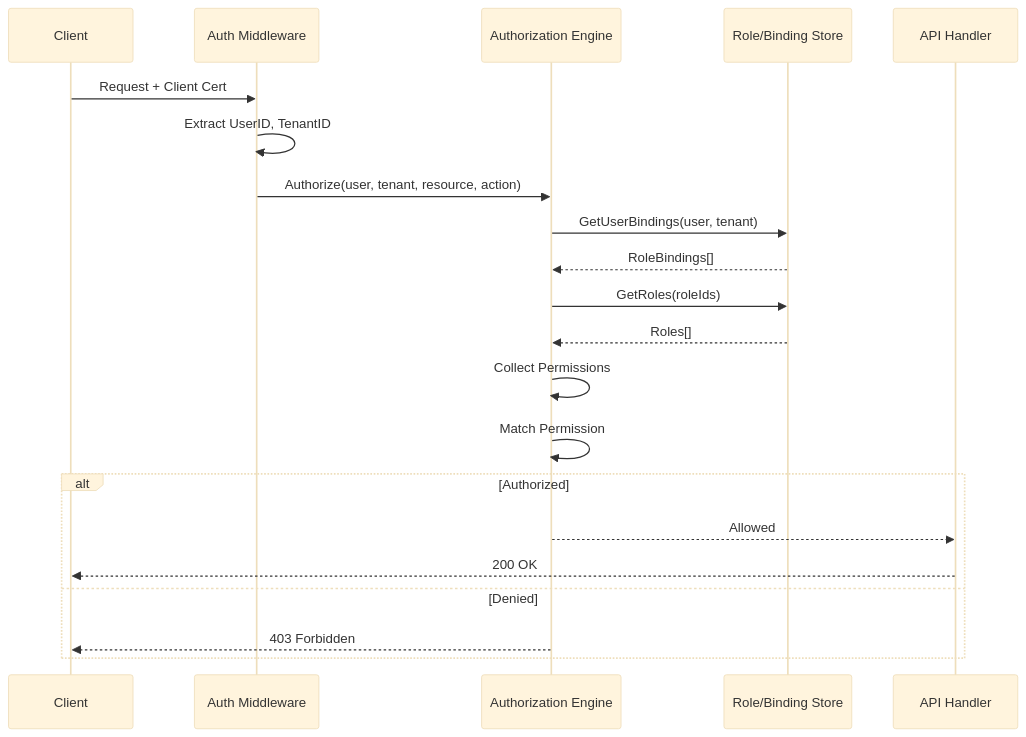
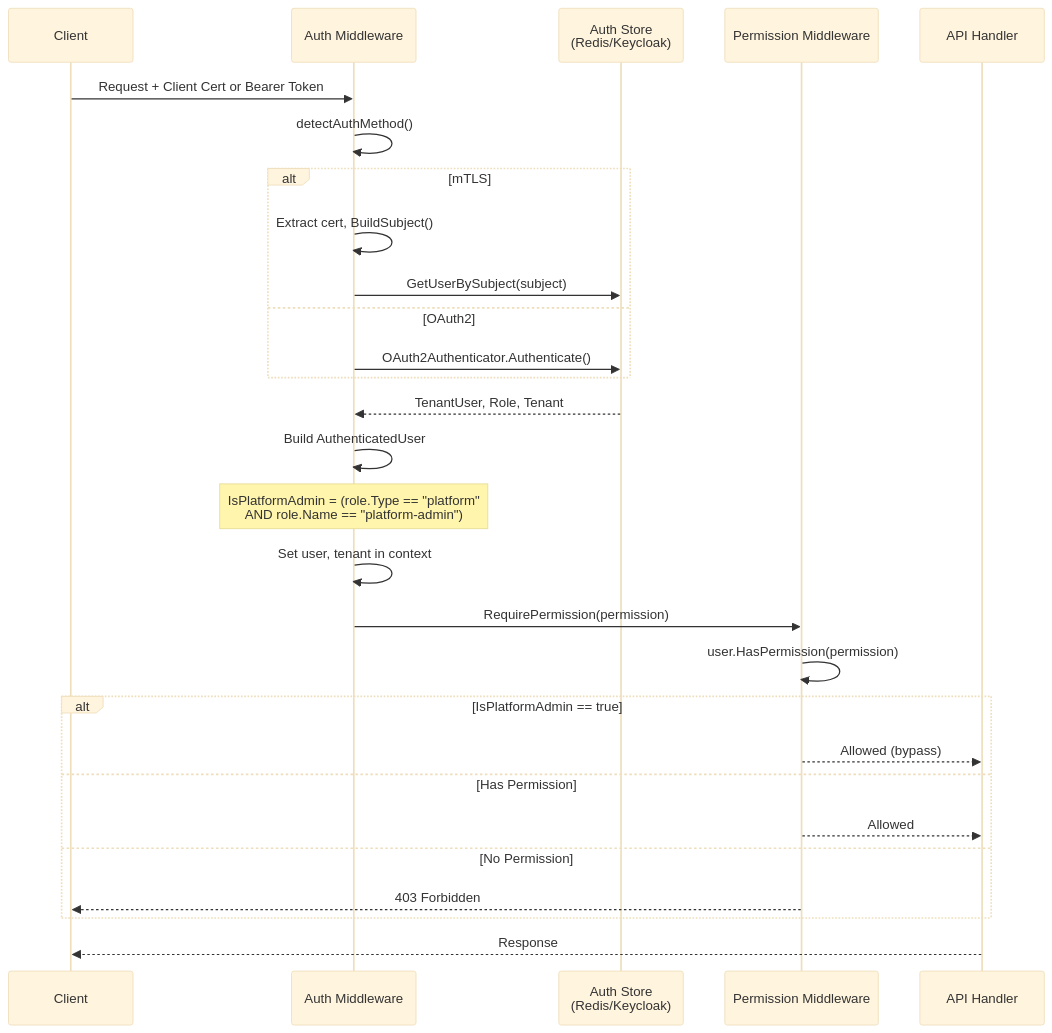
One commit to piwi3910/netweave changed the diagram in docs/security/authorization.md. Above: the diagram before and after it, drawn with Mermaid (base theme). The commit also changed other lines of this file and 4 other files, not shown here.

````diff
--- a/docs/security/authorization.md
+++ b/docs/security/authorization.md
@@ -488,25 +320,37 @@
 ```mermaid
 sequenceDiagram
     participant Client
-    participant Auth as Auth Middleware
-    participant Authz as Authorization Engine
-    participant Store as Role/Binding Store
+    participant AuthMw as Auth Middleware
+    participant Store as Auth Store<br/>(Redis/Keycloak)
+    participant PermMw as Permission Middleware
     participant Handler as API Handler
 
-    Client->>Auth: Request + Client Cert
-    Auth->>Auth: Extract UserID, TenantID
-    Auth->>Authz: Authorize(user, tenant, resource, action)
-    Authz->>Store: GetUserBindings(user, tenant)
-    Store-->>Authz: RoleBindings[]
-    Authz->>Store: GetRoles(roleIds)
-    Store-->>Authz: Roles[]
-    Authz->>Authz: Collect Permissions
-    Authz->>Authz: Match Permission
+    Client->>AuthMw: Request + Client Cert or Bearer Token
+    AuthMw->>AuthMw: detectAuthMethod()
 
-    alt Authorized
-        Authz-->>Handler: Allowed
-        Handler-->>Client: 200 OK
-    else Denied
-        Authz-->>Client: 403 Forbidden
+    alt mTLS
+        AuthMw->>AuthMw: Extract cert, BuildSubject()
+        AuthMw->>Store: GetUserBySubject(subject)
+    else OAuth2
+        AuthMw->>Store: OAuth2Authenticator.Authenticate()
     end
+
+    Store-->>AuthMw: TenantUser, Role, Tenant
+
+    AuthMw->>AuthMw: Build AuthenticatedUser
+    Note over AuthMw: IsPlatformAdmin = (role.Type == "platform"<br/>AND role.Name == "platform-admin")
+    AuthMw->>AuthMw: Set user, tenant in context
+
+    AuthMw->>PermMw: RequirePermission(permission)
+    PermMw->>PermMw: user.HasPermission(permission)
+
+    alt IsPlatformAdmin == true
+        PermMw-->>Handler: Allowed (bypass)
+    else Has Permission
+        PermMw-->>Handler: Allowed
+    else No Permission
+        PermMw-->>Client: 403 Forbidden
+    end
+
+    Handler-->>Client: Response
 ```
````
